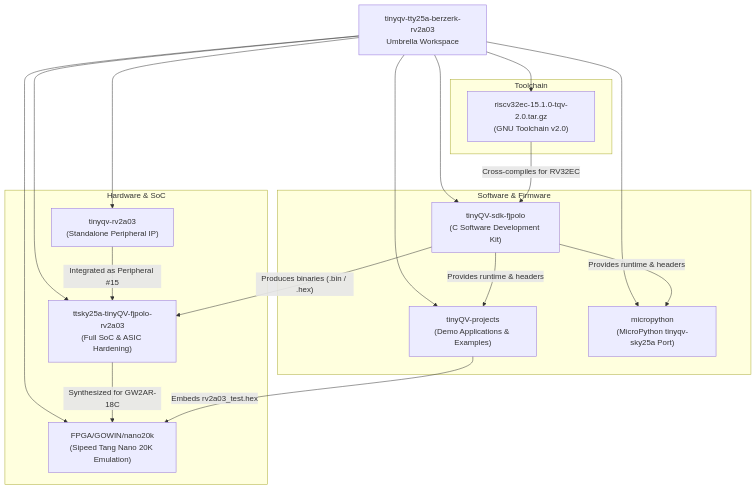
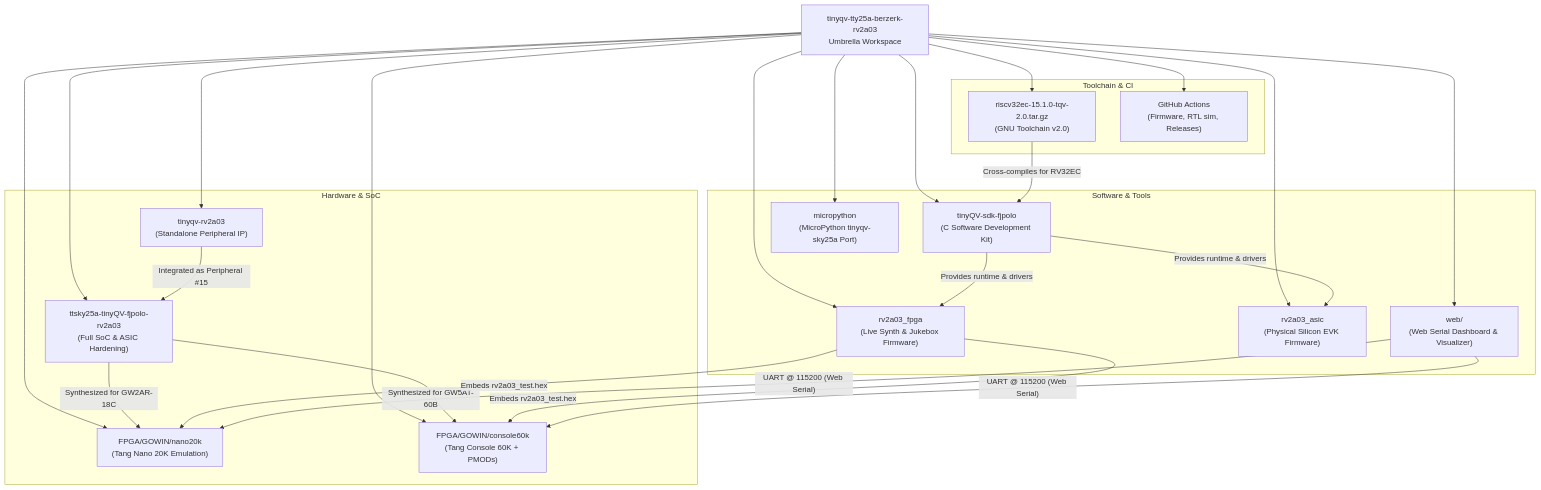
The diagram in README.md (fjpolo/tinyqv-tty25a-berzerk-rv2a03), drawn with Mermaid before and after one commit. The commit also changed other lines of this file, not shown here.

Commit message:
docs(readme): add dual target firmware, CI/CD pipeline, keyboard shortcut matrix, and 2D/3D ASIC visualizers

````diff
--- a/README.md
+++ b/README.md
@@ -20,36 +23,47 @@
 ```mermaid
 graph TD
     Super[tinyqv-tty25a-berzerk-rv2a03<br/>Umbrella Workspace]
     
     subgraph Hardware & SoC
         Peri["tinyqv-rv2a03<br/>(Standalone Peripheral IP)"]
         SoC["ttsky25a-tinyQV-fjpolo-rv2a03<br/>(Full SoC & ASIC Hardening)"]
-        FPGA["FPGA/GOWIN/nano20k<br/>(Sipeed Tang Nano 20K Emulation)"]
+        FPGA_Nano["FPGA/GOWIN/nano20k<br/>(Tang Nano 20K Emulation)"]
+        FPGA_Console["FPGA/GOWIN/console60k<br/>(Tang Console 60K + PMODs)"]
     end
 
-    subgraph Software & Firmware
+    subgraph Software & Tools
         SDK["tinyQV-sdk-fjpolo<br/>(C Software Development Kit)"]
-        Projects["tinyQV-projects<br/>(Demo Applications & Examples)"]
+        FW_FPGA["rv2a03_fpga<br/>(Live Synth & Jukebox Firmware)"]
+        FW_ASIC["rv2a03_asic<br/>(Physical Silicon EVK Firmware)"]
+        WebGUI["web/<br/>(Web Serial Dashboard & Visualizer)"]
         uPy["micropython<br/>(MicroPython tinyqv-sky25a Port)"]
     end
 
-    subgraph Toolchain
+    subgraph Toolchain & CI
         TC["riscv32ec-15.1.0-tqv-2.0.tar.gz<br/>(GNU Toolchain v2.0)"]
+        CI["GitHub Actions<br/>(Firmware, RTL sim, Releases)"]
     end
 
     Super --> Peri
     Super --> SoC
-    Super --> FPGA
+    Super --> FPGA_Nano
+    Super --> FPGA_Console
     Super --> SDK
-    Super --> Projects
+    Super --> FW_FPGA
+    Super --> FW_ASIC
+    Super --> WebGUI
     Super --> uPy
     Super --> TC
+    Super --> CI
 
     Peri -- "Integrated as Peripheral #15" --> SoC
-    SoC -- "Synthesized for GW2AR-18C" --> FPGA
+    SoC -- "Synthesized for GW2AR-18C" --> FPGA_Nano
+    SoC -- "Synthesized for GW5AT-60B" --> FPGA_Console
     TC -- "Cross-compiles for RV32EC" --> SDK
-    SDK -- "Provides runtime & headers" --> Projects
-    SDK -- "Provides runtime & headers" --> uPy
-    SDK -- "Produces binaries (.bin / .hex)" --> SoC
-    Projects -- "Embeds rv2a03_test.hex" --> FPGA
+    SDK -- "Provides runtime & drivers" --> FW_FPGA
+    SDK -- "Provides runtime & drivers" --> FW_ASIC
+    FW_FPGA -- "Embeds rv2a03_test.hex" --> FPGA_Console
+    FW_FPGA -- "Embeds rv2a03_test.hex" --> FPGA_Nano
+    WebGUI -- "UART @ 115200 (Web Serial)" --> FPGA_Console
+    WebGUI -- "UART @ 115200 (Web Serial)" --> FPGA_Nano
 ```
````
